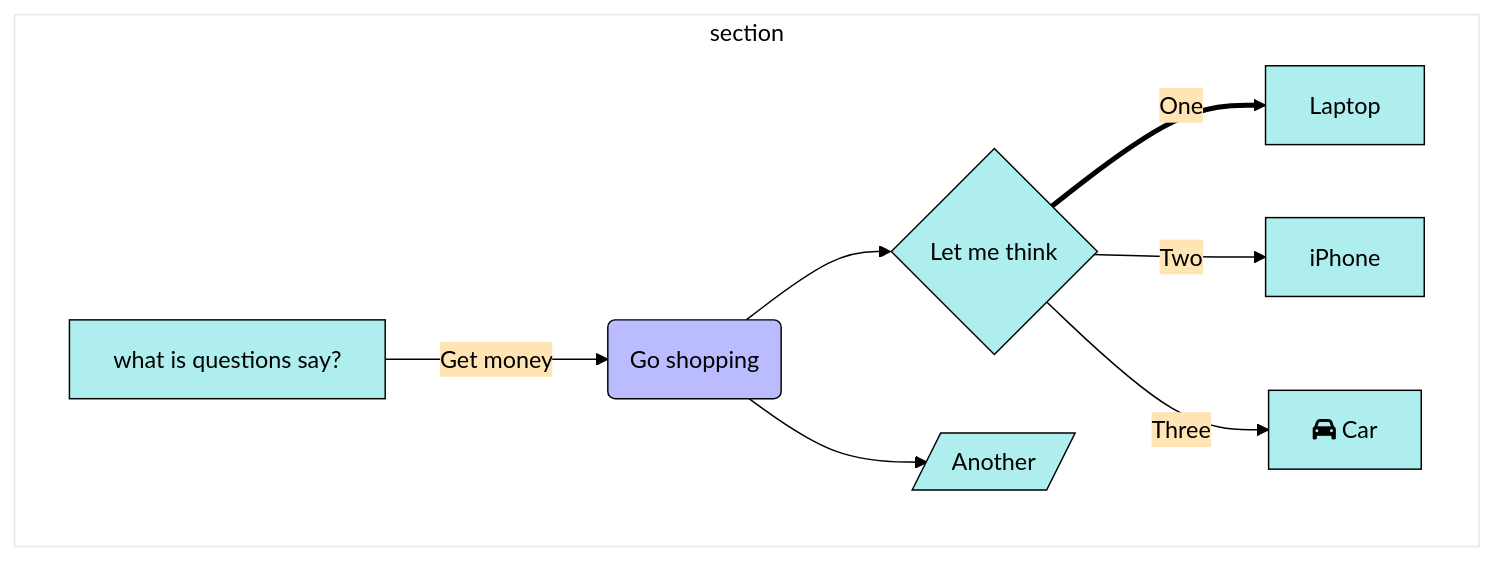
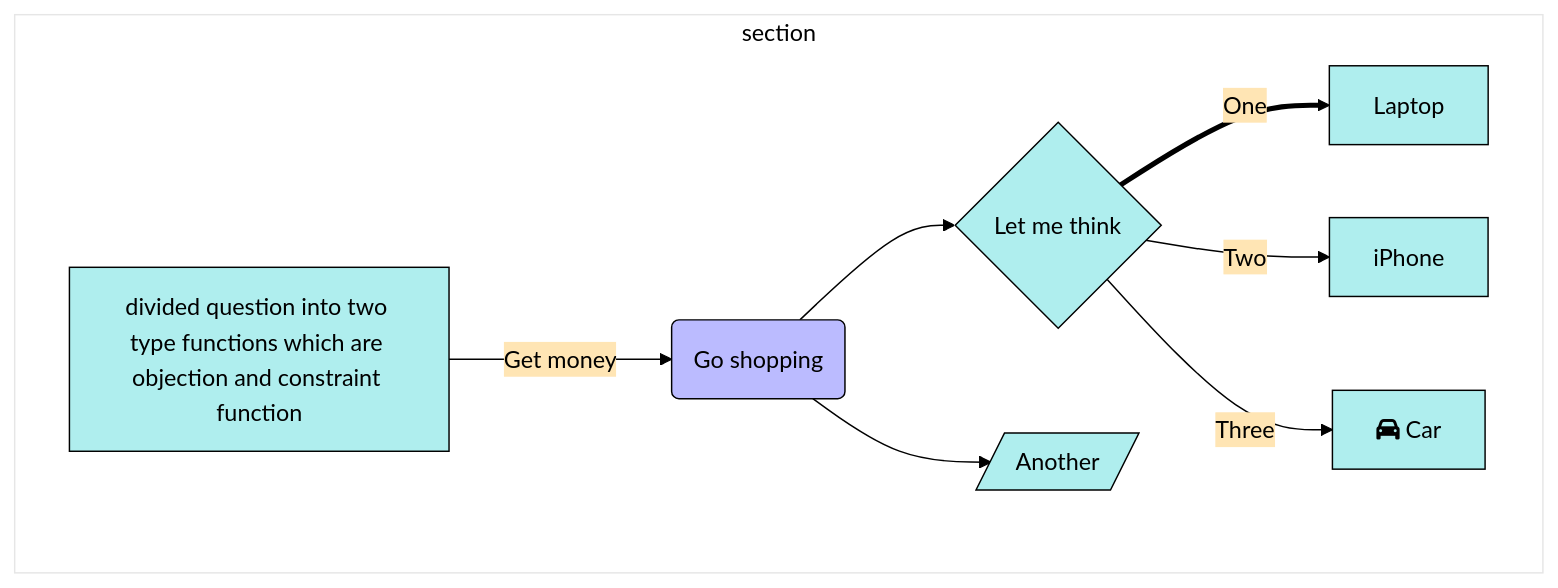
One commit to Yin-Tzu/Learning_ML changed the diagram in question_divided_into_two_function.md. Above: the diagram before and after it, drawn with Mermaid.

````diff
--- a/question_divided_into_two_function.md
+++ b/question_divided_into_two_function.md
@@ -7,25 +7,25 @@
 ```mermaid
 %%{
   init: {
     'theme': 'base',
     'themeVariables': {
       'primaryColor': '#AFEEEE',
       'primaryTextColor': '#000000',
       'primaryBorderColor': '#000000',
       'lineColor': '#000000',
       'secondaryColor': '#FFE5B4',
       'tertiaryColor': '#fff'
     }
   }
 }%%
         graph TD
           subgraph section
-          A[what is questions say?] -->|Get money| B(Go shopping)
+          A[divided question into two type functions which are objection and constraint function] -->|Get money| B(Go shopping)
           B --> C{Let me think}
           B --> G[/Another/]
           C ==>|One| D[Laptop]
           C -->|Two| E[iPhone]
           C -->|Three| F[fa:fa-car Car]
           style B fill:#bbf
           end
 ```
````
